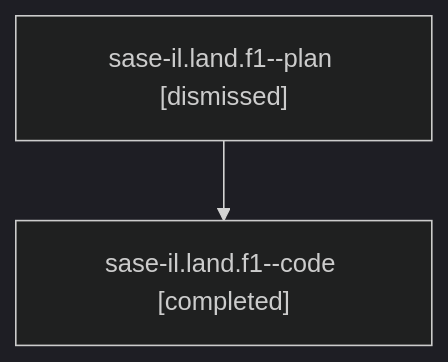
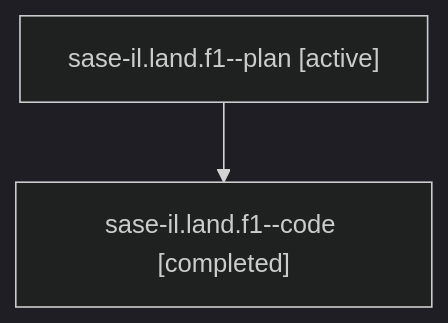
One commit to sase-org/sase--agents changed the diagram in families/bbugyi200.athena.sase-il.land.f1.md. Above: the diagram before and after it, drawn with Mermaid (dark theme). The commit also changed other lines of this file and 35830 other files, not shown here.

````diff
--- a/families/bbugyi200.athena.sase-il.land.f1.md
+++ b/families/bbugyi200.athena.sase-il.land.f1.md
@@ -9,6 +9,6 @@
 ```mermaid
 flowchart TD
-  n0["sase-il.land.f1--plan [dismissed]"]
+  n0["sase-il.land.f1--plan [active]"]
   n1["sase-il.land.f1--code [completed]"]
   n0 --> n1
 ```
````
